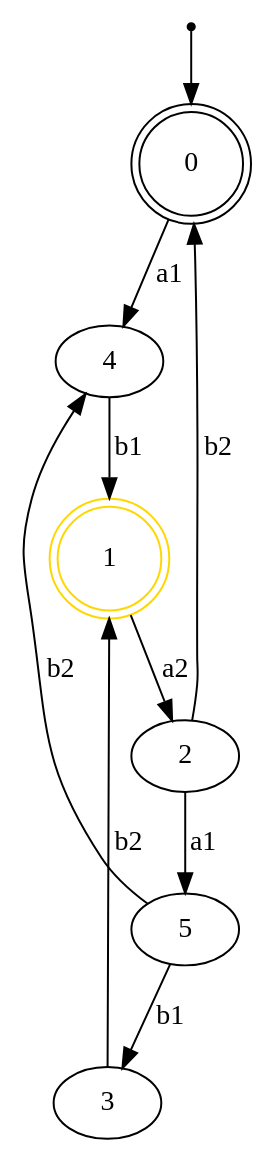
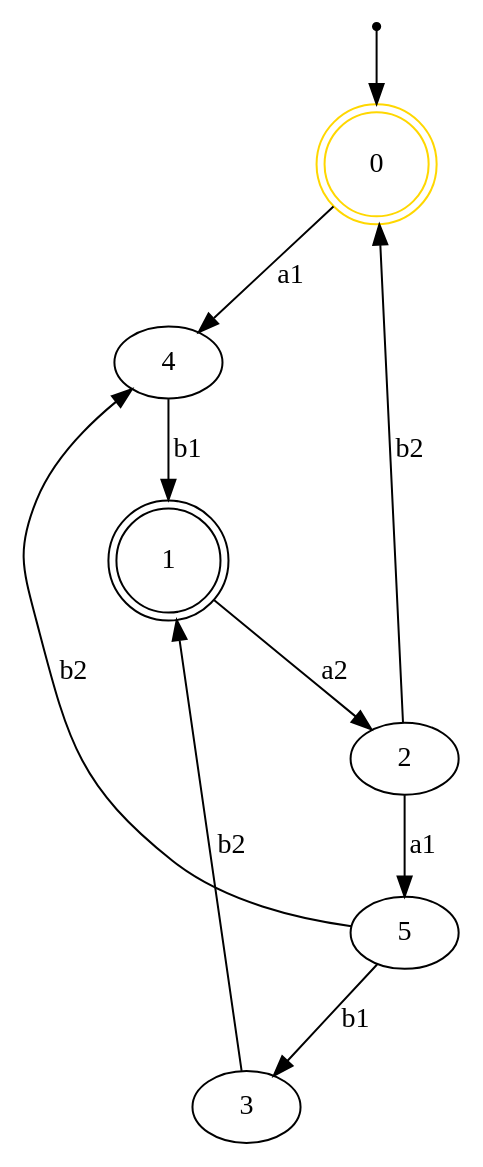
The diagram in automata/envs/auto.dot (kallilmiguel/automata_gym), drawn with Graphviz before and after one commit. The commit also changed 12 other files, not shown here.

```diff
--- a/automata/envs/auto.dot
+++ b/automata/envs/auto.dot
@@ -1,54 +1,57 @@
 strict digraph {
-	graph [bb="-122.61,-100.75,112.29,96.365"];
+	graph [bb="2.2204e-16,-4,578.1,143.99",
+		format=svg,
+		nodesep=1
+	];
 	node [label="\N"];
 	-1	 [height=0.05,
-		pos="110.49,-98.95",
+		pos="1.8,74.055",
 		shape=point,
 		width=0.05];
-	0	 [height=0.72222,
-		pos="59.244,-45.692",
+	0	 [color=gold,
+		height=0.72222,
+		pos="160,73.866",
 		shape=doublecircle,
 		width=0.72222];
-	-1 -> 0	 [pos="e,74.714,-61.77 109.22,-97.633 105.35,-93.612 93.263,-81.049 81.946,-69.287"];
+	-1 -> 0	 [pos="e,137.86,73.892 3.8003,74.052 16.429,74.037 85.924,73.954 127.85,73.904"];
 	4	 [height=0.5,
-		pos="-15.742,-30.18",
+		pos="306.81,122.25",
 		width=0.75];
 	0 -> 4	 [label=a1,
-		lp="22.301,-31.894",
-		pos="e,10.144,-35.535 37.555,-41.205 32.068,-40.07 26.029,-38.821 20.048,-37.583"];
-	1	 [color=gold,
-		height=0.72222,
-		pos="-20.65,64.343",
+		lp="220.46,103.43",
+		pos="e,282.39,114.21 181.04,80.799 205.01,88.7 244.53,101.73 272.88,111.07"];
+	1	 [height=0.72222,
+		pos="426.37,22",
 		shape=doublecircle,
 		width=0.72222];
 	4 -> 1	 [label=b1,
-		lp="-24.829,17.505",
-		pos="e,-19.5,42.182 -16.689,-11.955 -17.334,0.47806 -18.207,17.288 -18.969,31.965"];
+		lp="355.57,83.004",
+		pos="e,409.19,36.404 323.69,108.1 343.96,91.108 378.13,62.451 401.44,42.904"];
 	2	 [height=0.5,
-		pos="27.961,23.664",
+		pos="307.05,25.488",
 		width=0.75];
 	1 -> 2	 [label=a2,
-		lp="6.2542,54.768",
-		pos="e,10.886,37.952 -3.6485,50.116 -1.4411,48.268 0.85491,46.347 3.1569,44.421"];
+		lp="367.75,31.024",
+		pos="e,334.11,24.697 404.21,22.648 387.41,23.139 363.95,23.825 344.29,24.399"];
 	2 -> 0	 [label=b2,
-		lp="33.888,-12.496",
-		pos="e,50.132,-25.491 35.855,6.1625 38.909,-0.60924 42.491,-8.5501 45.92,-16.154"];
+		lp="229.79,56.102",
+		pos="e,180.98,66.963 282.77,33.476 257.6,41.758 218.17,54.728 190.82,63.727"];
 	5	 [height=0.5,
-		pos="-65.689,8.4484",
+		pos="426.37,125.99",
 		width=0.75];
 	2 -> 5	 [label=a1,
-		lp="-7.5228,24.343",
-		pos="e,-39.361,12.726 1.375,19.344 -8.1964,17.789 -19.165,16.007 -29.421,14.341"];
+		lp="356.39,65.02",
+		pos="e,409.61,111.87 323.89,39.674 344.23,56.808 378.61,85.764 401.89,105.37"];
 	5 -> 4	 [label=b2,
-		lp="-51.771,-15.229",
-		pos="e,-33.435,-16.496 -47.939,-5.2792 -45.878,-6.873 -43.745,-8.5224 -41.604,-10.179"];
+		lp="364.59,131.78",
+		pos="e,333.84,123.1 399.24,125.14 382.89,124.63 361.82,123.97 343.94,123.41"];
 	3	 [height=0.5,
-		pos="-95.609,78.365",
+		pos="551.1,74.035",
 		width=0.75];
 	5 -> 3	 [label=b1,
-		lp="-85.72,46.4",
-		pos="e,-88.165,60.97 -73.239,26.091 -76.559,33.851 -80.532,43.133 -84.201,51.708"];
+		lp="477.07,109.46",
+		pos="e,528.05,83.633 449.54,116.34 468.97,108.25 496.93,96.598 518.59,87.573"];
 	3 -> 1	 [label=b2,
-		lp="-53.894,79.371",
-		pos="e,-42.508,68.432 -69.392,73.461 -63.904,72.434 -58.06,71.341 -52.395,70.282"];
+		lp="485.19,56.959",
+		pos="e,446.93,30.578 527.93,64.37 507.77,55.959 478.42,43.714 456.45,34.548"];
 }
```
